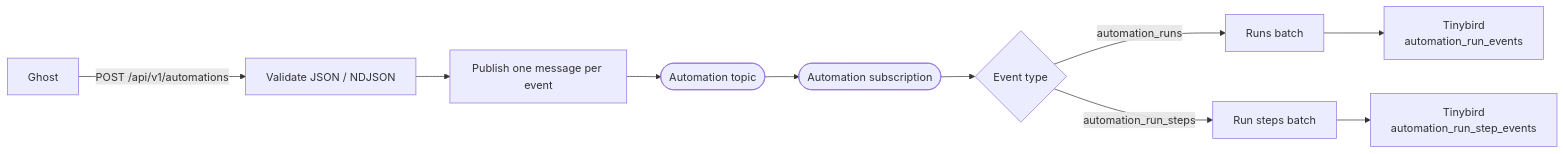
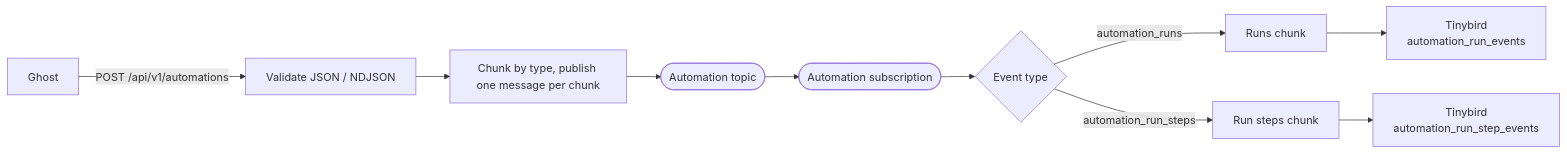
Before and after one commit to TryGhost/TrafficAnalytics: the second of 2 diagrams in docs/architecture.md, drawn with Mermaid. The commit also changed other lines of this file and 9 other files, not shown here.

````diff
--- a/docs/architecture.md
+++ b/docs/architecture.md
@@ -60,12 +60,12 @@
 ```mermaid
 flowchart LR
     Ghost["Ghost"] -->|"POST /api/v1/automations"| Validate["Validate JSON / NDJSON"]
-    Validate --> Publish["Publish one message per event"]
+    Validate --> Publish["Chunk by type, publish one message per chunk"]
     Publish --> Topic(["Automation topic"])
     Topic --> Sub(["Automation subscription"])
     Sub --> Route{"Event type"}
-    Route -->|"automation_runs"| Runs["Runs batch"]
-    Route -->|"automation_run_steps"| Steps["Run steps batch"]
+    Route -->|"automation_runs"| Runs["Runs chunk"]
+    Route -->|"automation_run_steps"| Steps["Run steps chunk"]
     Runs --> RunsTB["Tinybird<br/>automation_run_events"]
     Steps --> StepsTB["Tinybird<br/>automation_run_step_events"]
 ```
````
